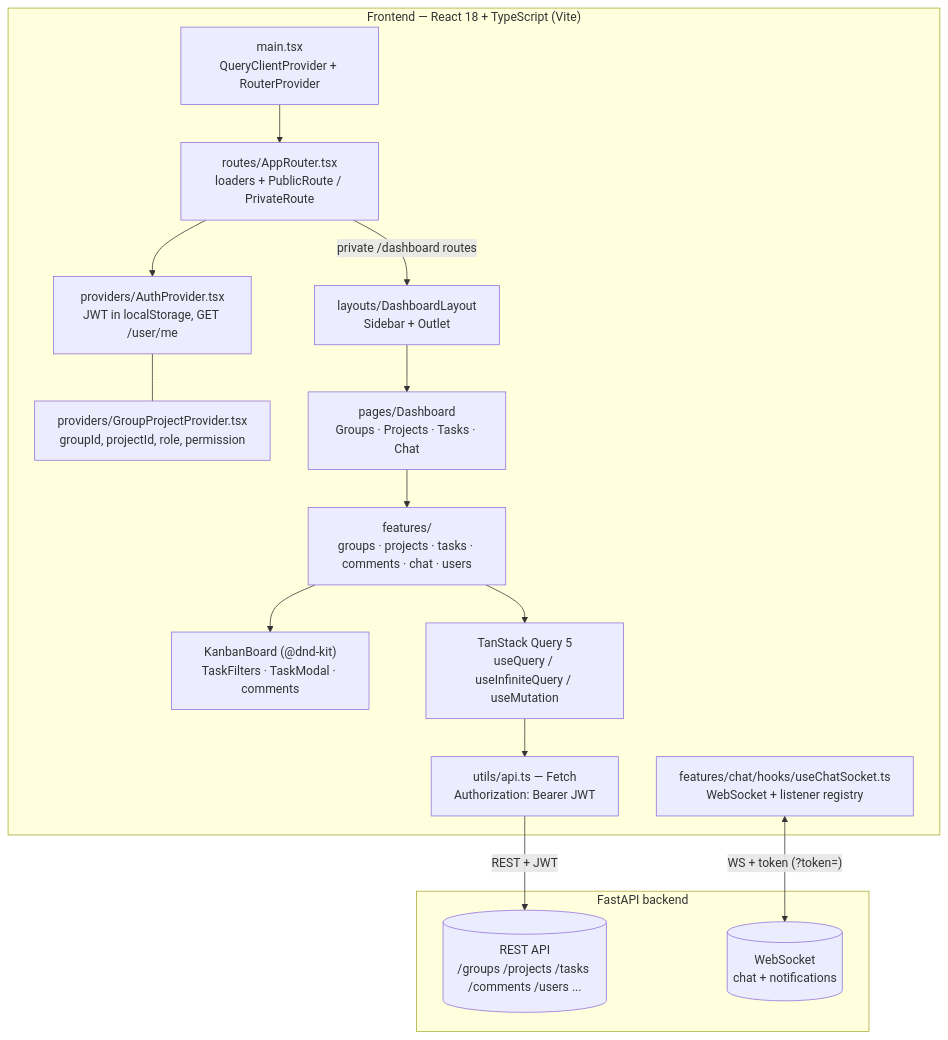
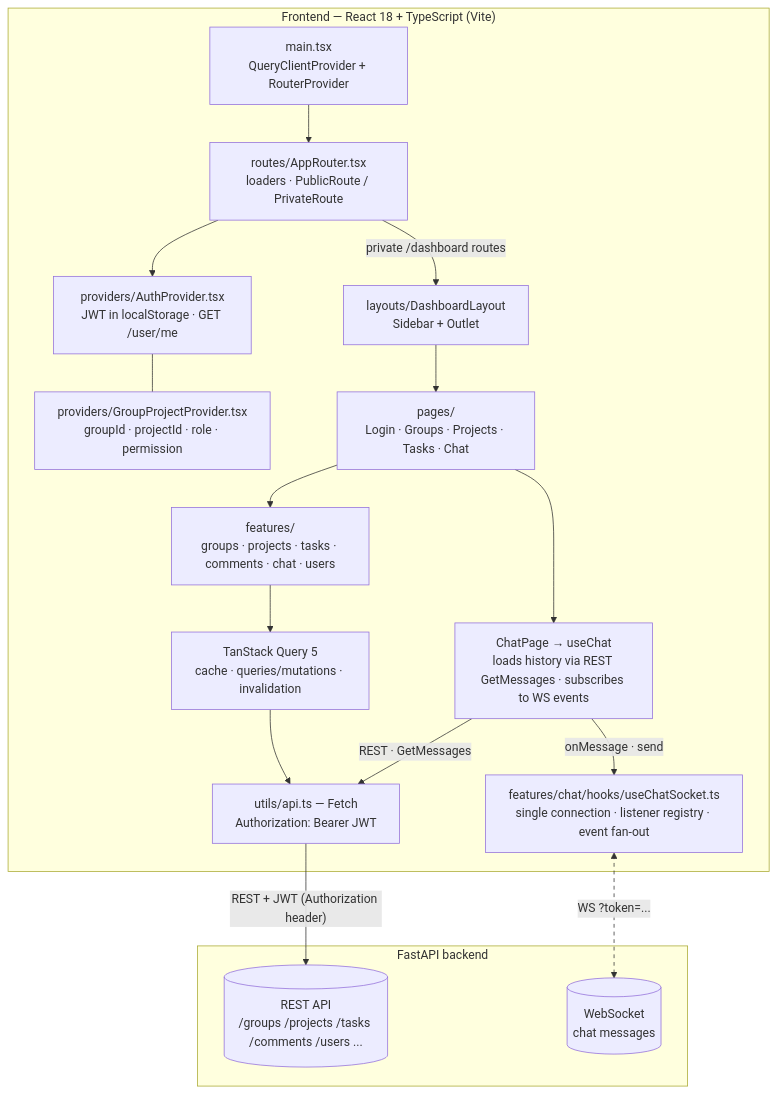
One commit to SrStamm/front-task-api-vanilla changed the diagram in README.md. Above: the diagram before and after it, drawn with Mermaid. The commit also changed other lines of this file and 3 other files, not shown here.

````diff
--- a/README.md
+++ b/README.md
@@ -28,33 +27,36 @@
 ```mermaid
 flowchart TD
     subgraph SPA["Frontend — React 18 + TypeScript (Vite)"]
         main["main.tsx<br/>QueryClientProvider + RouterProvider"]
-        router["routes/AppRouter.tsx<br/>loaders + PublicRoute / PrivateRoute"]
-        authP["providers/AuthProvider.tsx<br/>JWT in localStorage, GET /user/me"]
-        gpP["providers/GroupProjectProvider.tsx<br/>groupId, projectId, role, permission"]
+        router["routes/AppRouter.tsx<br/>loaders · PublicRoute / PrivateRoute"]
+        authP["providers/AuthProvider.tsx<br/>JWT in localStorage · GET /user/me"]
+        gpP["providers/GroupProjectProvider.tsx<br/>groupId · projectId · role · permission"]
         layout["layouts/DashboardLayout<br/>Sidebar + Outlet"]
-        pages["pages/Dashboard<br/>Groups · Projects · Tasks · Chat"]
+        pages["pages/<br/>Login · Groups · Projects · Tasks · Chat"]
         feats["features/<br/>groups · projects · tasks · comments · chat · users"]
-        kanban["KanbanBoard (@dnd-kit)<br/>TaskFilters · TaskModal · comments"]
-        qf["TanStack Query 5<br/>useQuery / useInfiniteQuery / useMutation"]
+        chatU["ChatPage → useChat<br/>loads history via REST GetMessages · subscribes to WS events"]
+        qf["TanStack Query 5<br/>cache · queries/mutations · invalidation"]
         api["utils/api.ts — Fetch<br/>Authorization: Bearer JWT"]
-        ws["features/chat/hooks/useChatSocket.ts<br/>WebSocket + listener registry"]
+        ws["features/chat/hooks/useChatSocket.ts<br/>single connection · listener registry · event fan-out"]
     end
 
     subgraph API["FastAPI backend"]
         rest[("REST API<br/>/groups /projects /tasks /comments /users ...")]
-        wss[("WebSocket<br/>chat + notifications")]
+        wss[("WebSocket<br/>chat messages")]
     end
 
     main --> router
     router --> authP
     router -->|"private /dashboard routes"| layout
     authP --- gpP
     layout --> pages
     pages --> feats
-    feats --> kanban
     feats --> qf
     qf --> api
-    api -->|"REST + JWT"| rest
-    ws <-->|"WS + token (?token=)"| wss
+    api -->|"REST + JWT (Authorization header)"| rest
+    pages --> chatU
+    chatU -->|"REST · GetMessages"| api
+    chatU -->|"onMessage · send"| ws
+    ws <-->|"WS ?token=..."| wss
+    linkStyle 12 stroke-dasharray: 5 5
 ```
````
